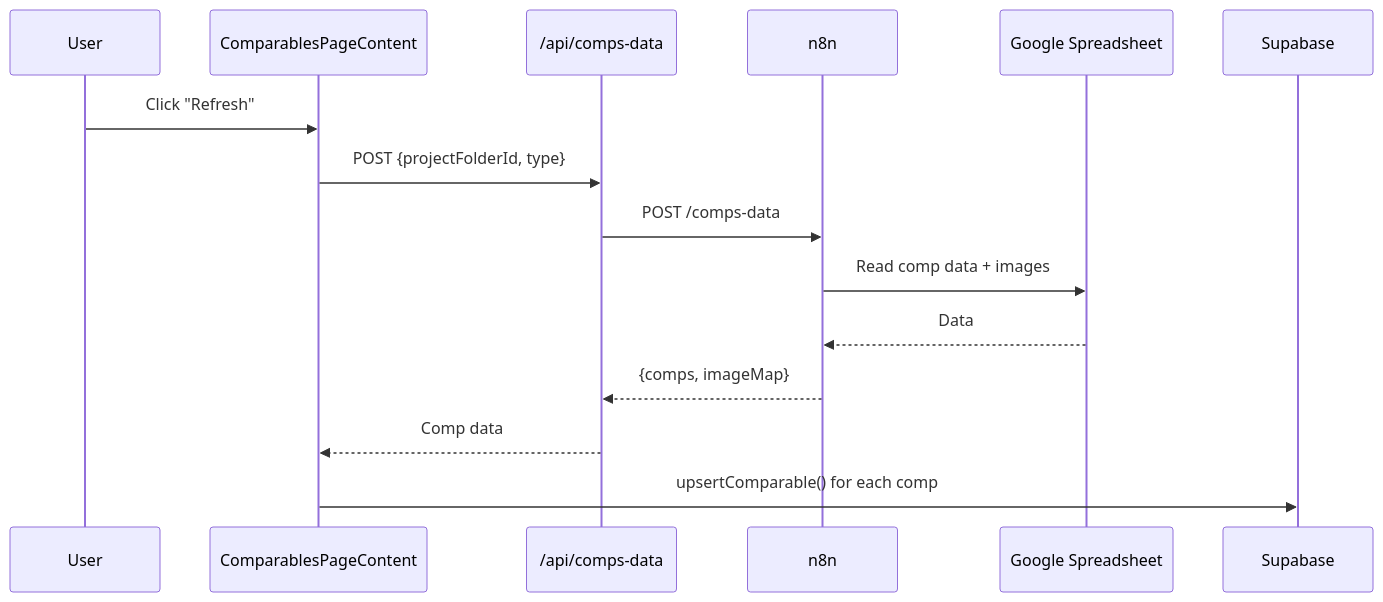
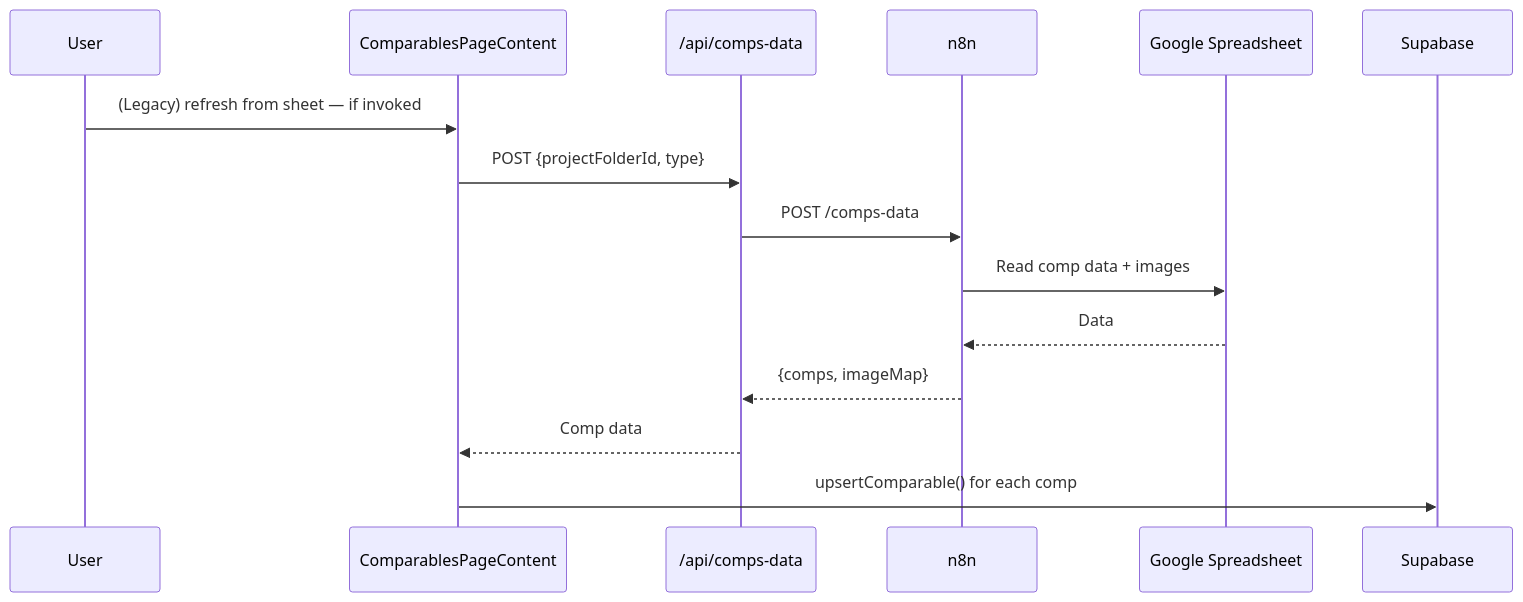
Before and after one commit to dougiefresh49/appraisal-comps-map: the seventh of 8 diagrams in docs/product/data-flow.md, drawn with Mermaid. The commit also changed other lines of this file and 4 other files, not shown here.

First line of the commit message:
docs(product): refresh Issue 019 — API, n8n, architecture, data flow

````diff
--- a/docs/product/data-flow.md
+++ b/docs/product/data-flow.md
@@ -266,19 +271,19 @@
 ```mermaid
 sequenceDiagram
     participant User
     participant CompsPage as ComparablesPageContent
     participant API as /api/comps-data
     participant N8N as n8n
     participant GSheet as Google Spreadsheet
     participant Supabase
 
-    User->>CompsPage: Click "Refresh"
+    User->>CompsPage: (Legacy) refresh from sheet — if invoked
     CompsPage->>API: POST {projectFolderId, type}
     API->>N8N: POST /comps-data
     N8N->>GSheet: Read comp data + images
     GSheet-->>N8N: Data
     N8N-->>API: {comps, imageMap}
     API-->>CompsPage: Comp data
 
     CompsPage->>Supabase: upsertComparable() for each comp
 ```
````
